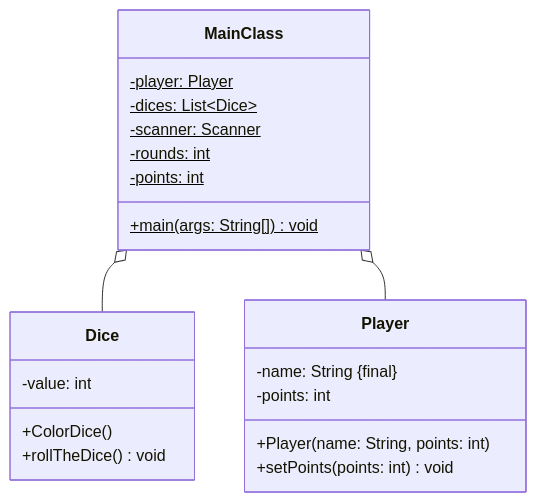
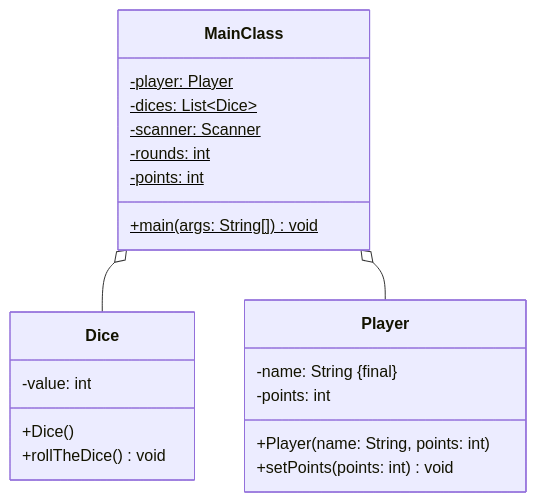
The diagram in docs/exam-exercises/exam-exercises-java1/dice-games/dice-game-15.md (jappuccini/java-docs), drawn with Mermaid before and after one commit.

````diff
--- a/docs/exam-exercises/exam-exercises-java1/dice-games/dice-game-15.md
+++ b/docs/exam-exercises/exam-exercises-java1/dice-games/dice-game-15.md
@@ -12,24 +12,24 @@
 ```mermaid
 classDiagram
    MainClass o-- Dice
    MainClass o-- Player
    class MainClass {
       -player: Player$
       -dices: List~Dice~$
       -scanner: Scanner$
       -rounds: int$
       -points: int$
       +main(args: String[]) void$
    }
    class Dice {
       -value: int
-      +ColorDice()
+      +Dice()
       +rollTheDice() void
    }
    class Player {
       -name: String #123;final#125;
       -points: int
       +Player(name: String, points: int)
       +setPoints(points: int) void
    }
 ```
````
